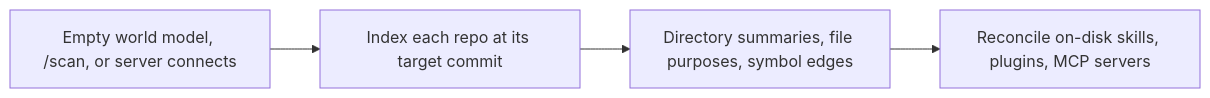
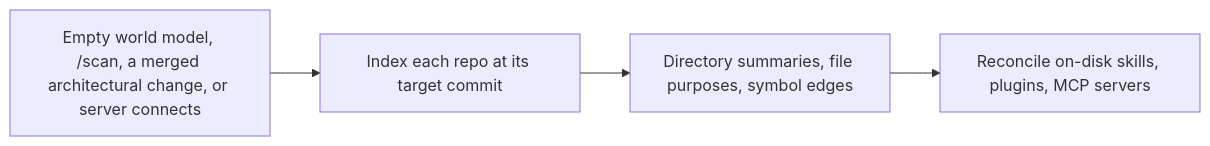
Before and after one commit to trustmybot/plugin: the third of 19 diagrams in docs/architecture/FLOWS.md, drawn with Mermaid. The commit also changed other lines of this file and 7 other files, not shown here.

````diff
--- a/docs/architecture/FLOWS.md
+++ b/docs/architecture/FLOWS.md
@@ -64,6 +65,6 @@
 ```mermaid
 flowchart LR
-    A[Empty world model, /scan, or server connects] --> B[Index each repo at its target commit]
+    A[Empty world model, /scan, a merged architectural change, or server connects] --> B[Index each repo at its target commit]
     B --> C[Directory summaries, file purposes, symbol edges]
     C --> D[Reconcile on-disk skills, plugins, MCP servers]
 ```
````
